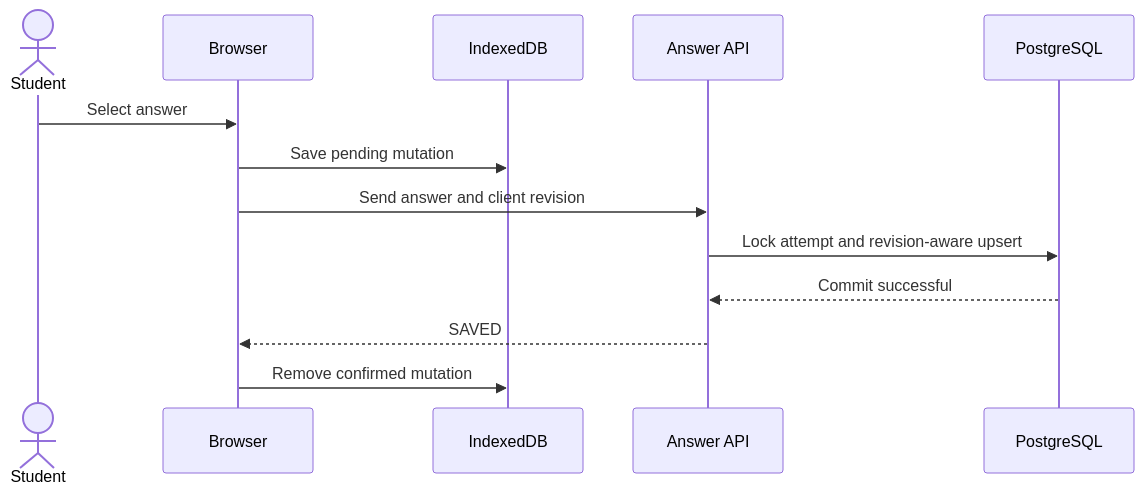
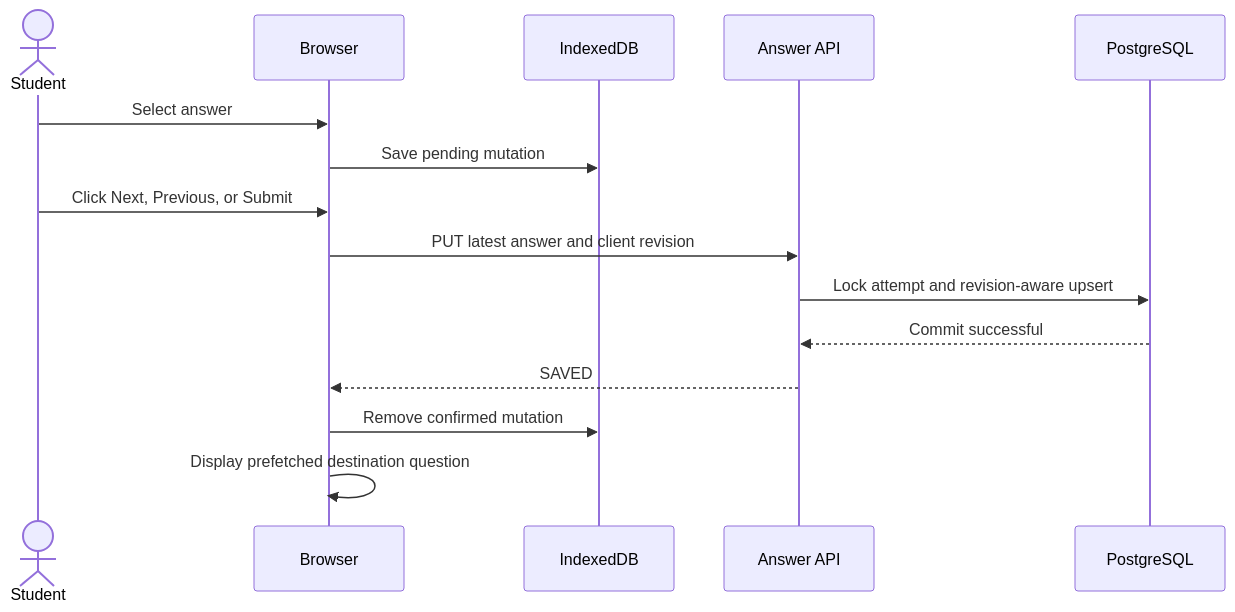
The third of 3 diagrams in README.md (ayushs206/owasp-quiz-be), drawn with Mermaid before and after one commit. The commit also changed other lines of this file and 3 other files, not shown here.

````diff
--- a/README.md
+++ b/README.md
@@ -143,16 +143,18 @@
 ```mermaid
 sequenceDiagram
     actor Student
     participant Browser
     participant IndexedDB
     participant API as Answer API
     participant DB as PostgreSQL
 
     Student->>Browser: Select answer
     Browser->>IndexedDB: Save pending mutation
-    Browser->>API: Send answer and client revision
+    Student->>Browser: Click Next, Previous, or Submit
+    Browser->>API: PUT latest answer and client revision
     API->>DB: Lock attempt and revision-aware upsert
     DB-->>API: Commit successful
     API-->>Browser: SAVED
     Browser->>IndexedDB: Remove confirmed mutation
+    Browser->>Browser: Display prefetched destination question
 ```
````
